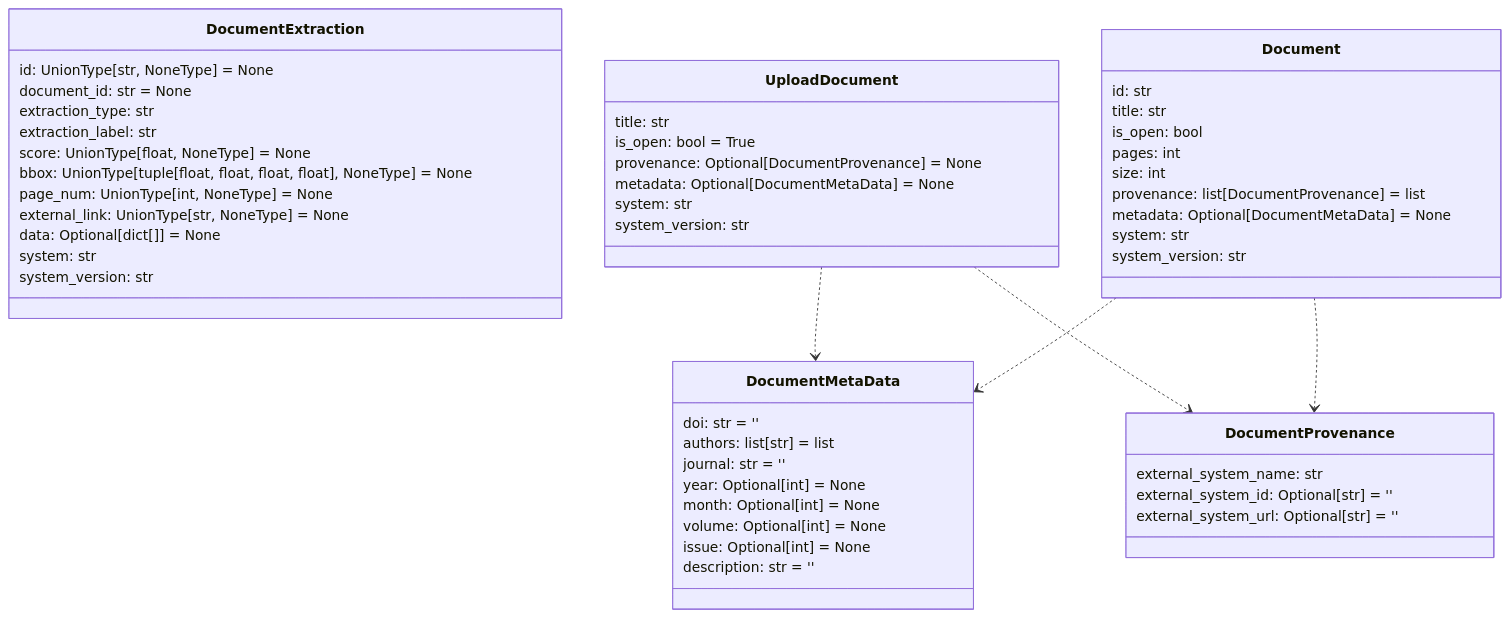
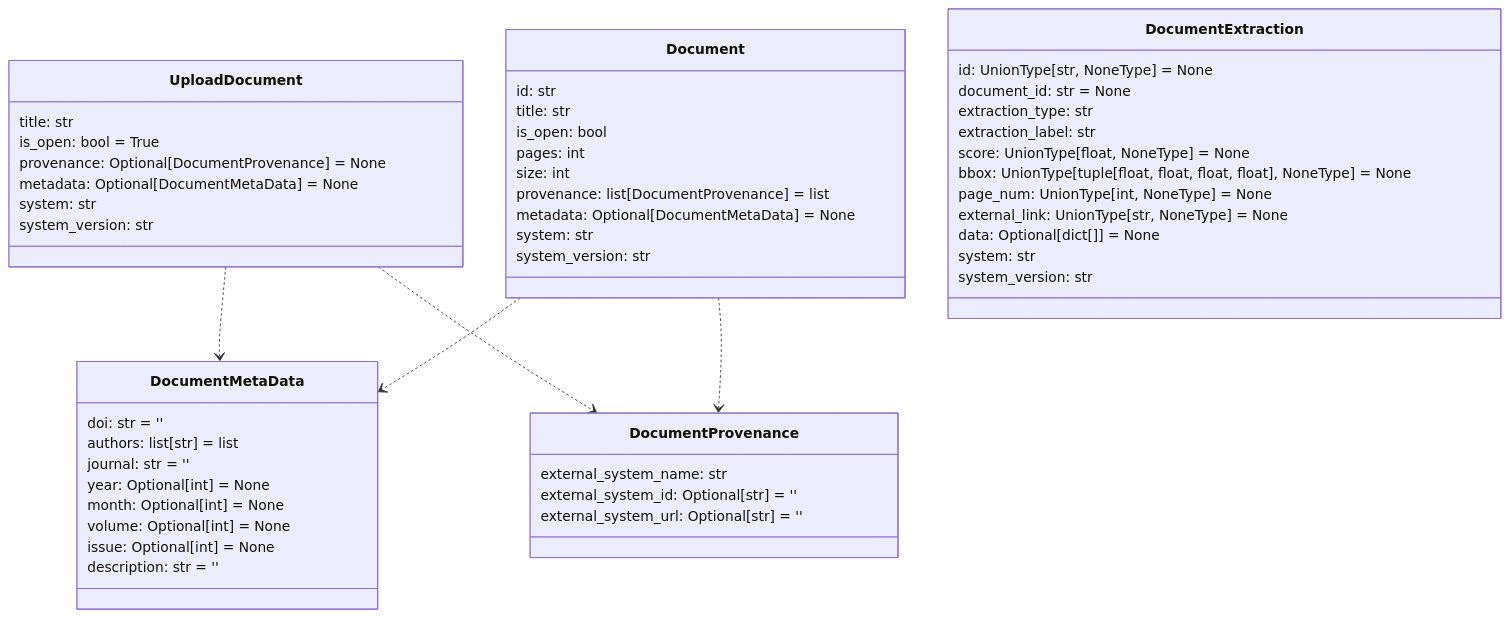
The ninth of 12 diagrams in README.md (DARPA-CRITICALMAAS/cdr_schemas), drawn with Mermaid before and after one commit. The commit also changed other lines of this file and 2 other files, not shown here.

````diff
--- a/README.md
+++ b/README.md
@@ -588,62 +589,62 @@
 ```mermaid
 classDiagram
+
+    class Document {
+        id: str
+        title: str
+        is_open: bool
+        pages: int
+        size: int
+        provenance: list[DocumentProvenance] = list
+        metadata: Optional[DocumentMetaData] = None
+        system: str
+        system_version: str
+    }
+
+    class UploadDocument {
+        title: str
+        is_open: bool = True
+        provenance: Optional[DocumentProvenance] = None
+        metadata: Optional[DocumentMetaData] = None
+        system: str
+        system_version: str
+    }
+
+    class DocumentProvenance {
+        external_system_name: str
+        external_system_id: Optional[str] = ''
+        external_system_url: Optional[str] = ''
+    }
+
+    class DocumentMetaData {
+        doi: str = ''
+        authors: list[str] = list
+        journal: str = ''
+        year: Optional[int] = None
+        month: Optional[int] = None
+        volume: Optional[int] = None
+        issue: Optional[int] = None
+        description: str = ''
+    }
 
     class DocumentExtraction {
         id: UnionType[str, NoneType] = None
         document_id: str = None
         extraction_type: str
         extraction_label: str
         score: UnionType[float, NoneType] = None
         bbox: UnionType[tuple[float, float, float, float], NoneType] = None
         page_num: UnionType[int, NoneType] = None
         external_link: UnionType[str, NoneType] = None
         data: Optional[dict[]] = None
         system: str
         system_version: str
     }
 
-    class DocumentProvenance {
-        external_system_name: str
-        external_system_id: Optional[str] = ''
-        external_system_url: Optional[str] = ''
-    }
-
-    class UploadDocument {
-        title: str
-        is_open: bool = True
-        provenance: Optional[DocumentProvenance] = None
-        metadata: Optional[DocumentMetaData] = None
-        system: str
-        system_version: str
-    }
-
-    class DocumentMetaData {
-        doi: str = ''
-        authors: list[str] = list
-        journal: str = ''
-        year: Optional[int] = None
-        month: Optional[int] = None
-        volume: Optional[int] = None
-        issue: Optional[int] = None
-        description: str = ''
-    }
-
-    class Document {
-        id: str
-        title: str
-        is_open: bool
-        pages: int
-        size: int
-        provenance: list[DocumentProvenance] = list
-        metadata: Optional[DocumentMetaData] = None
-        system: str
-        system_version: str
-    }
-
     UploadDocument ..> DocumentMetaData
     UploadDocument ..> DocumentProvenance
     Document ..> DocumentMetaData
     Document ..> DocumentProvenance
 
 
 ```
````
